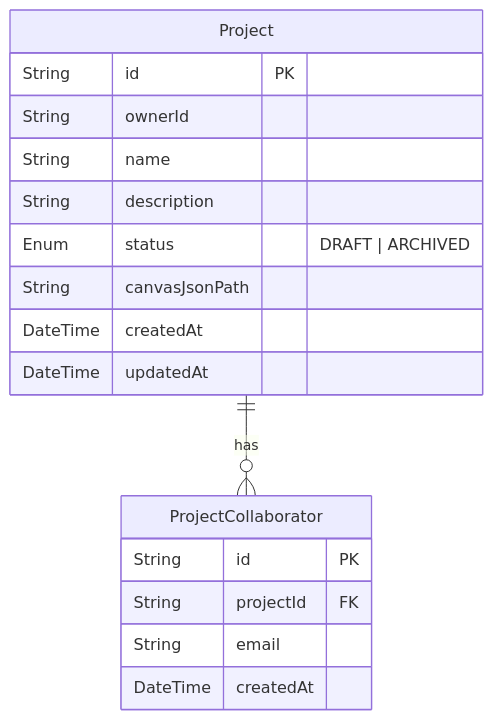
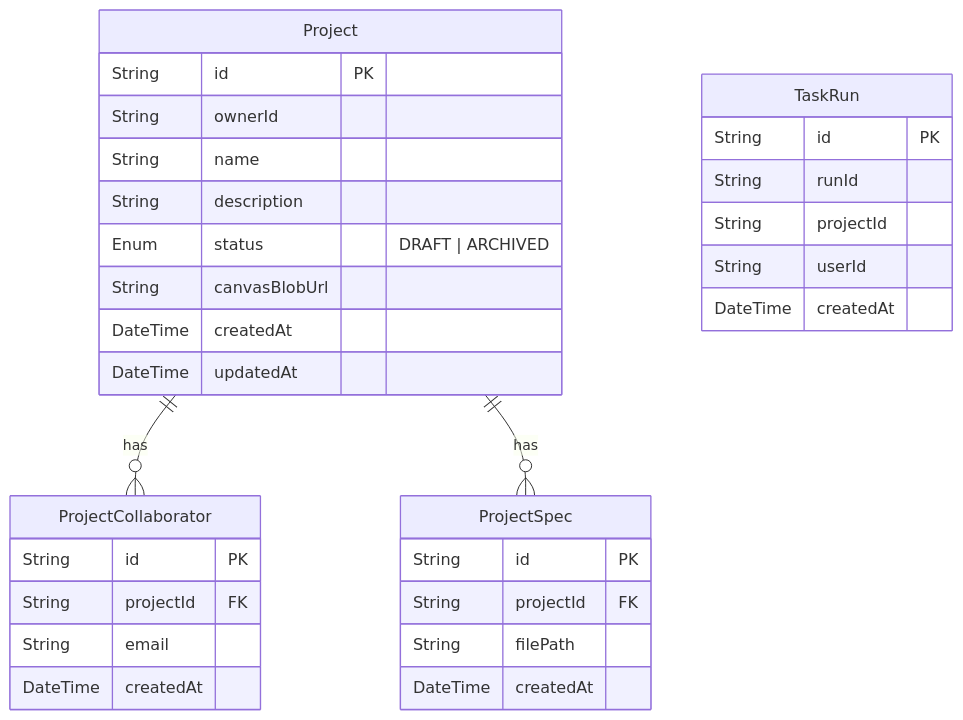
One commit to shaynemeyer/ghost-ai changed the fourth of 6 diagrams in docs/architecture.md. Above: the diagram before and after it, drawn with Mermaid. The commit also changed other lines of this file and 2 other files, not shown here.

````diff
--- a/docs/architecture.md
+++ b/docs/architecture.md
@@ -88,22 +123,38 @@
 ```mermaid
 erDiagram
     Project {
-        String  id          PK
-        String  ownerId
-        String  name
-        String  description
-        Enum    status      "DRAFT | ARCHIVED"
-        String  canvasJsonPath
+        String   id             PK
+        String   ownerId
+        String   name
+        String   description
+        Enum     status         "DRAFT | ARCHIVED"
+        String   canvasBlobUrl
         DateTime createdAt
         DateTime updatedAt
     }
 
     ProjectCollaborator {
         String   id        PK
         String   projectId FK
         String   email
         DateTime createdAt
     }
 
+    ProjectSpec {
+        String   id        PK
+        String   projectId FK
+        String   filePath
+        DateTime createdAt
+    }
+
+    TaskRun {
+        String   id        PK
+        String   runId
+        String   projectId
+        String   userId
+        DateTime createdAt
+    }
+
     Project ||--o{ ProjectCollaborator : "has"
+    Project ||--o{ ProjectSpec : "has"
 ```
````
